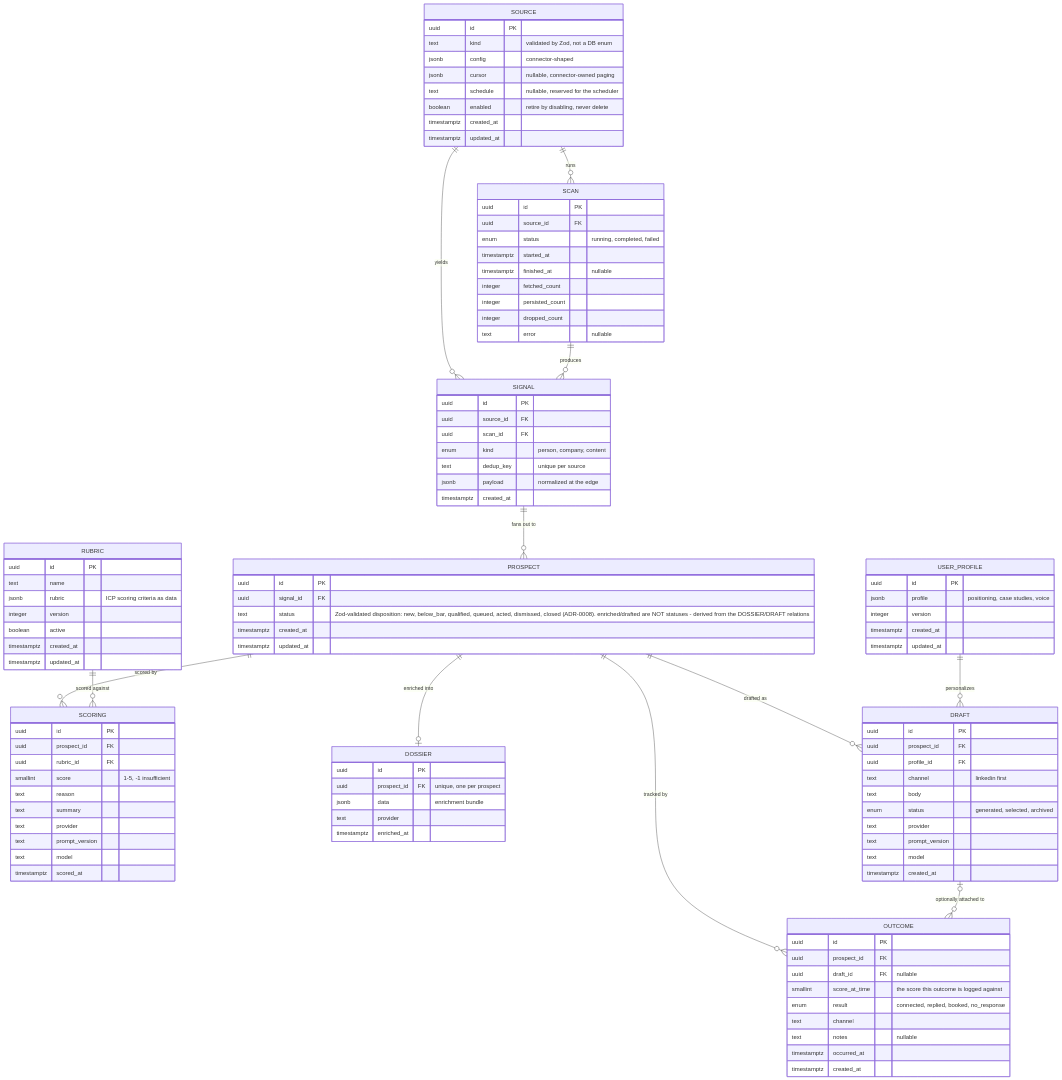
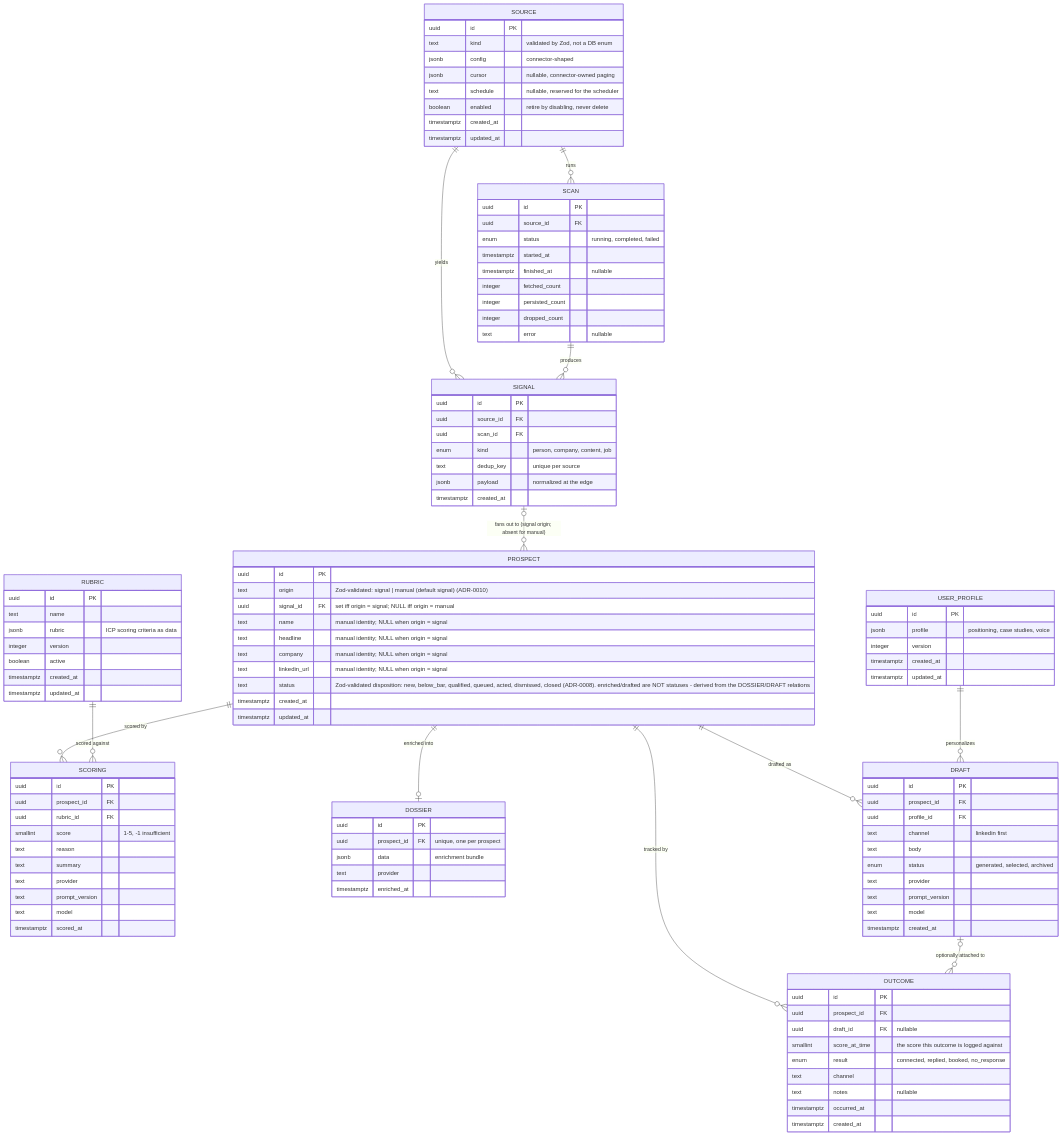
One commit to m-ratnikov/wisery-crm changed the first of 2 diagrams in docs/architecture/domain-model.md. Above: the diagram before and after it, drawn with Mermaid. The commit also changed other lines of this file and 127 other files, not shown here.

```diff
--- a/docs/architecture/domain-model.md
+++ b/docs/architecture/domain-model.md
@@ -23,7 +25,7 @@
     SOURCE ||--o{ SCAN : "runs"
     SOURCE ||--o{ SIGNAL : "yields"
     SCAN ||--o{ SIGNAL : "produces"
-    SIGNAL ||--o{ PROSPECT : "fans out to"
+    SIGNAL |o--o{ PROSPECT : "fans out to (signal origin; absent for manual)"
     PROSPECT ||--o{ SCORING : "scored by"
     RUBRIC ||--o{ SCORING : "scored against"
     PROSPECT ||--o| DOSSIER : "enriched into"
@@ -57,14 +59,19 @@
         uuid id PK
         uuid source_id FK
         uuid scan_id FK
-        enum kind "person, company, content"
+        enum kind "person, company, content, job"
         text dedup_key "unique per source"
         jsonb payload "normalized at the edge"
         timestamptz created_at
     }
     PROSPECT {
         uuid id PK
-        uuid signal_id FK
+        text origin "Zod-validated: signal | manual (default signal) (ADR-0010)"
+        uuid signal_id FK "set iff origin = signal; NULL iff origin = manual"
+        text name "manual identity; NULL when origin = signal"
+        text headline "manual identity; NULL when origin = signal"
+        text company "manual identity; NULL when origin = signal"
+        text linkedin_url "manual identity; NULL when origin = signal"
         text status "Zod-validated disposition: new, below_bar, qualified, queued, acted, dismissed, closed (ADR-0008). enriched/drafted are NOT statuses - derived from the DOSSIER/DRAFT relations"
         timestamptz created_at
         timestamptz updated_at
```
